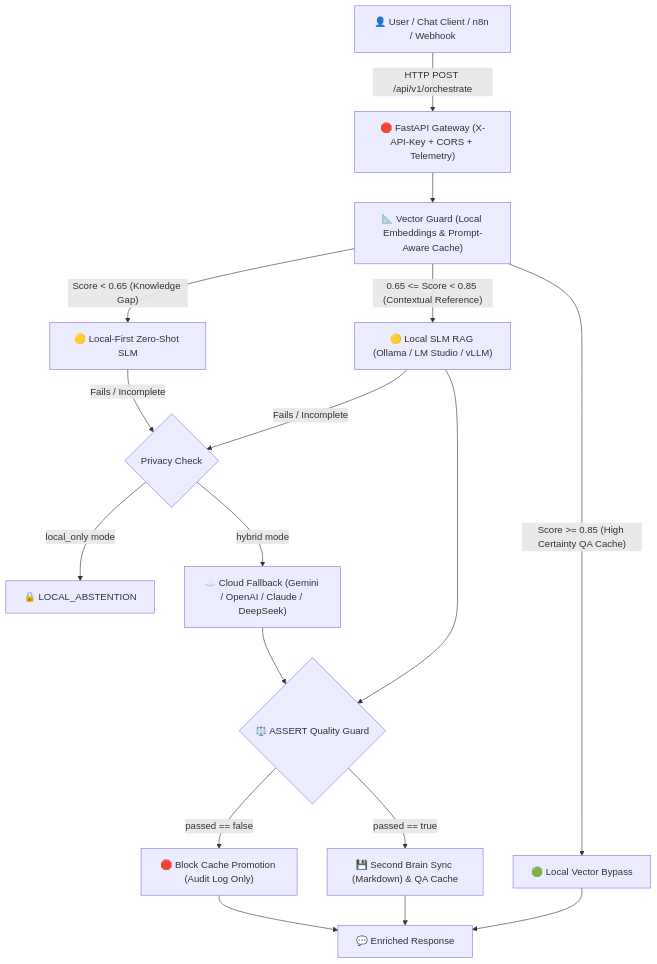
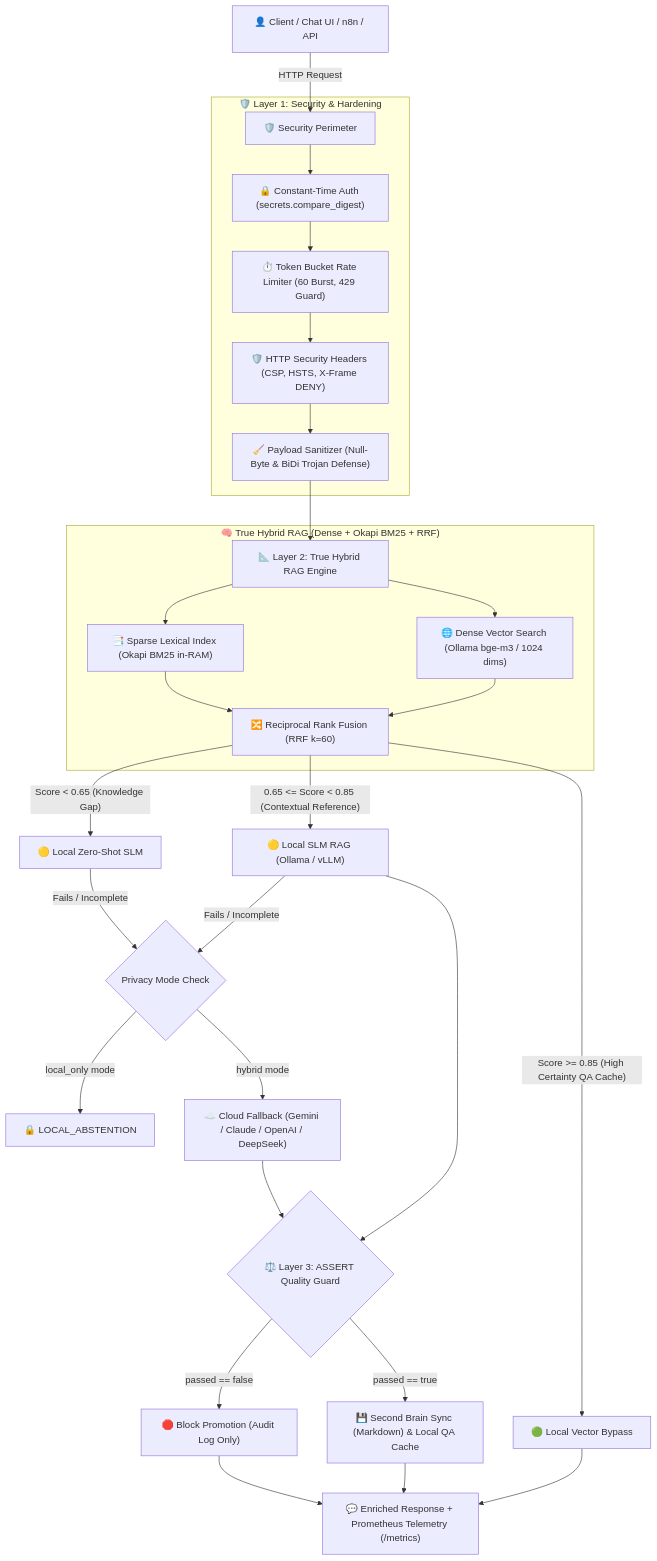
One commit to Leonthelee/open-hybrid-rag changed the diagram in README.md. Above: the diagram before and after it, drawn with Mermaid. The commit also changed other lines of this file, not shown here.

Commit message:
docs(readme): comprehensive architecture update with True Hybrid RAG, perimeter security, and telemetry

````diff
--- a/README.md
+++ b/README.md
@@ -40,26 +45,40 @@
 ```mermaid
 flowchart TD
-    A["👤 User / Chat Client / n8n / Webhook"] -->|"HTTP POST /api/v1/orchestrate"| B["🛑 FastAPI Gateway (X-API-Key + CORS + Telemetry)"]
+    A["👤 Client / Chat UI / n8n / API"] -->|"HTTP Request"| B["🛡️ Security Perimeter"]
     
-    B --> C["📐 Vector Guard (Local Embeddings & Prompt-Aware Cache)"]
+    subgraph PERIMETER ["🛡️ Layer 1: Security & Hardening"]
+        B --> B1["🔒 Constant-Time Auth (secrets.compare_digest)"]
+        B1 --> B2["⏱️ Token Bucket Rate Limiter (60 Burst, 429 Guard)"]
+        B2 --> B3["🛡️ HTTP Security Headers (CSP, HSTS, X-Frame DENY)"]
+        B3 --> B4["🧹 Payload Sanitizer (Null-Byte & BiDi Trojan Defense)"]
+    end
     
-    C -->|"Score >= 0.85 (High Certainty QA Cache)"| D["🟢 Local Vector Bypass"]
-    C -->|"0.65 <= Score < 0.85 (Contextual Reference)"| E["🟡 Local SLM RAG (Ollama / LM Studio / vLLM)"]
-    C -->|"Score < 0.65 (Knowledge Gap)"| F["🟡 Local-First Zero-Shot SLM"]
+    B4 --> C["📐 Layer 2: True Hybrid RAG Engine"]
     
-    E -->|"Fails / Incomplete"| G{"Privacy Check"}
+    subgraph HYBRID_RAG ["🧠 True Hybrid RAG (Dense + Okapi BM25 + RRF)"]
+        C --> C1["🌐 Dense Vector Search (Ollama bge-m3 / 1024 dims)"]
+        C --> C2["📑 Sparse Lexical Index (Okapi BM25 in-RAM)"]
+        C1 --> C3["🔀 Reciprocal Rank Fusion (RRF k=60)"]
+        C2 --> C3
+    end
+    
+    C3 -->|"Score >= 0.85 (High Certainty QA Cache)"| D["🟢 Local Vector Bypass"]
+    C3 -->|"0.65 <= Score < 0.85 (Contextual Reference)"| E["🟡 Local SLM RAG (Ollama / vLLM)"]
+    C3 -->|"Score < 0.65 (Knowledge Gap)"| F["🟡 Local Zero-Shot SLM"]
+    
+    E -->|"Fails / Incomplete"| G{"Privacy Mode Check"}
     F -->|"Fails / Incomplete"| G
     
     G -->|"local_only mode"| H["🔒 LOCAL_ABSTENTION"]
-    G -->|"hybrid mode"| I["☁️ Cloud Fallback (Gemini / OpenAI / Claude / DeepSeek)"]
+    G -->|"hybrid mode"| I["☁️ Cloud Fallback (Gemini / Claude / OpenAI / DeepSeek)"]
     
-    D --> J["💬 Enriched Response"]
-    E --> K{"⚖️ ASSERT Quality Guard"}
+    D --> J["💬 Enriched Response + Prometheus Telemetry (/metrics)"]
+    E --> K{"⚖️ Layer 3: ASSERT Quality Guard"}
     I --> K
     
-    K -->|"passed == true"| L["💾 Second Brain Sync (Markdown) & QA Cache"]
-    K -->|"passed == false"| M["🛑 Block Cache Promotion (Audit Log Only)"]
+    K -->|"passed == true"| L["💾 Second Brain Sync (Markdown) & Local QA Cache"]
+    K -->|"passed == false"| M["🛑 Block Promotion (Audit Log Only)"]
     
     L --> J
     M --> J
 ```
````
